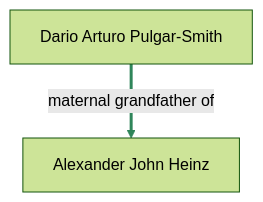
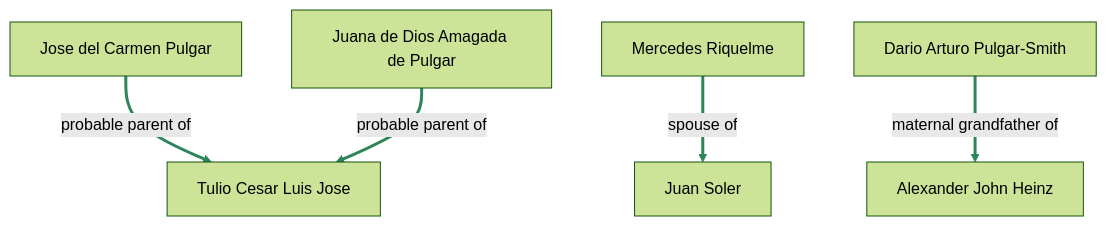
Before and after one commit to AJHKetchup/Genealogy-: the diagram in wiki/Family Tree.md, drawn with Mermaid (forest theme). The commit also changed 207 other files, not shown here.

````diff
--- a/wiki/Family Tree.md
+++ b/wiki/Family Tree.md
@@ -9,5 +9,11 @@
 ```mermaid
 flowchart TD
+  n_people_jose_del_carmen_pulgar["Jose del Carmen Pulgar"] -->|probable parent of| n_people_tulio_cesar_luis_jose["Tulio Cesar Luis Jose"]
+  n_people_juana_de_dios_amagada_de_pulgar["Juana de Dios Amagada de Pulgar"] -->|probable parent of| n_people_tulio_cesar_luis_jose["Tulio Cesar Luis Jose"]
+  n_people_mercedes_riquelme["Mercedes Riquelme"] -->|spouse of| n_people_juan_soler["Juan Soler"]
   n_people_dario_arturo_pulgar_smith["Dario Arturo Pulgar-Smith"] -->|maternal grandfather of| n_people_alexander_john_heinz["Alexander John Heinz"]
   linkStyle 0 stroke:#2f855a,stroke-width:3px;
+  linkStyle 1 stroke:#2f855a,stroke-width:3px;
+  linkStyle 2 stroke:#2f855a,stroke-width:3px;
+  linkStyle 3 stroke:#2f855a,stroke-width:3px;
 ```
````
